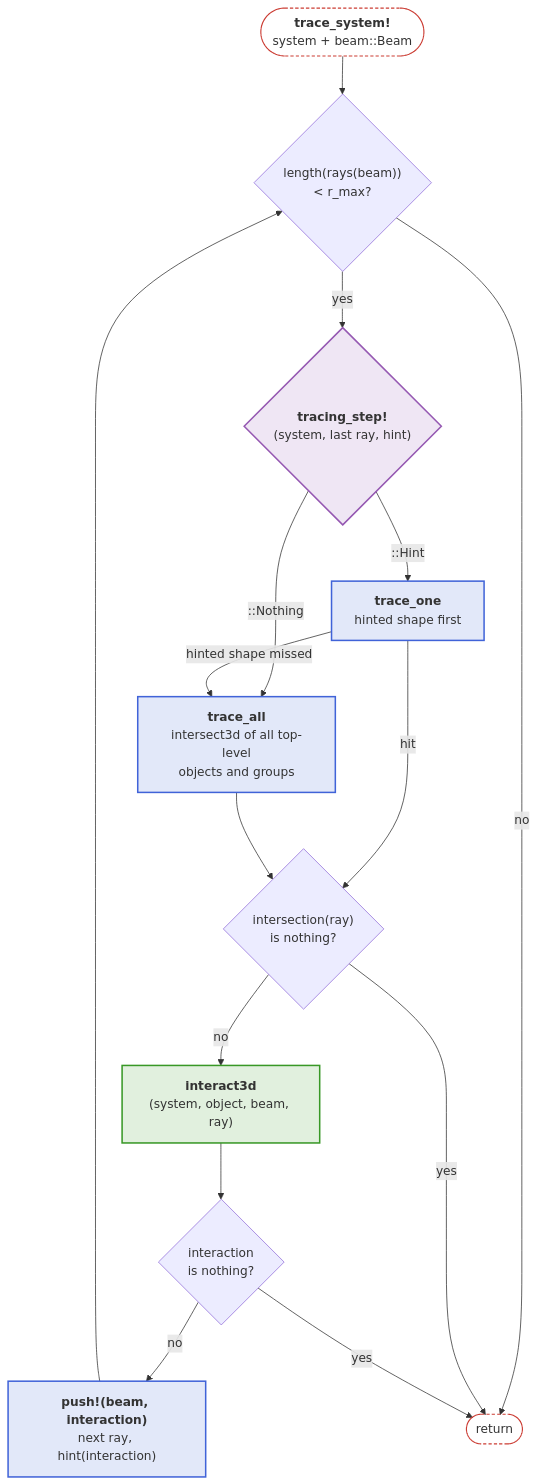
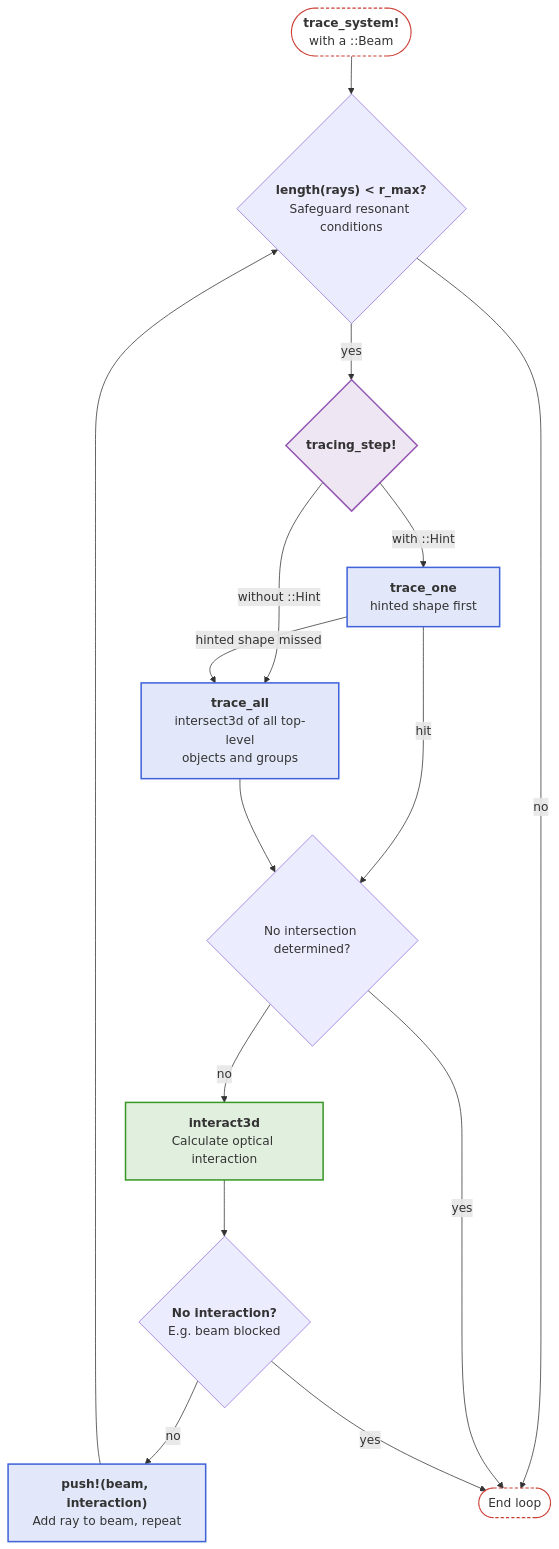
Before and after one commit to JuliaPhysics/BeamletOptics.jl: the sixth of 6 diagrams in docs/src/api/core.md, drawn with Mermaid. The commit also changed other lines of this file and 8 other files, not shown here.

First line of the commit message:
Docs: diagrams narrow and colored by group, rules in "Readable diagrams"

````diff
--- a/docs/src/api/core.md
+++ b/docs/src/api/core.md
@@ -291,35 +285,35 @@
 ```mermaid
 flowchart TB
-    S(["<b>trace_system!</b><br/>system + beam::Beam"])
-    RM{"length(rays(beam))<br/>#lt; r_max?"}
-    TST{"<b>tracing_step!</b><br/>(system, last ray, hint)"}
+    S(["<b>trace_system!</b><br/>with a ::Beam"])
+    RM{"<b>length(rays) #lt; r_max?</b><br>Safeguard resonant conditions"}
+    TST{"<b>tracing_step!</b>"}
     TO["<b>trace_one</b><br/>hinted shape first"]
     TA["<b>trace_all</b><br/>intersect3d of all top-level<br/>objects and groups"]
-    HIT{"intersection(ray)<br/>is nothing?"}
-    IA["<b>interact3d</b><br/>(system, object, beam, ray)"]
-    NI{"interaction<br/>is nothing?"}
-    P["<b>push!(beam, interaction)</b><br/>next ray, hint(interaction)"]
-    E([return])
+    HIT{"No intersection determined?"}
+    IA["<b>interact3d</b><br/>Calculate optical interaction"]
+    NI{"<b>No interaction?</b><br/>E.g. beam blocked"}
+    P["<b>push!(beam, interaction)</b><br/>Add ray to beam, repeat"]
+    E([End loop])
 
     S --> RM
     RM -- yes --> TST
-    TST -- "::Hint" --> TO
-    TST -- "::Nothing" --> TA
+    TST -- " with ::Hint" --> TO
+    TST -- "without ::Hint" --> TA
     TO -- "hinted shape missed" --> TA
     TO -- hit --> HIT
     TA --> HIT
     HIT -- no --> IA --> NI
     NI -- no --> P --> RM
     RM -- no --> E
     HIT -- yes --> E
     NI -- yes --> E
 
     classDef blue fill:#4063D826,stroke:#4063D8,stroke-width:2px
     classDef green fill:#38982626,stroke:#389826,stroke-width:2px
     classDef purple fill:#9558B226,stroke:#9558B2,stroke-width:2px
     classDef terminal fill:transparent,stroke:#CB3C33,stroke-width:1.5px,stroke-dasharray:4 3
     class TO,TA,P blue
     class IA green
     class TST purple
     class S,E terminal
 ```
````
